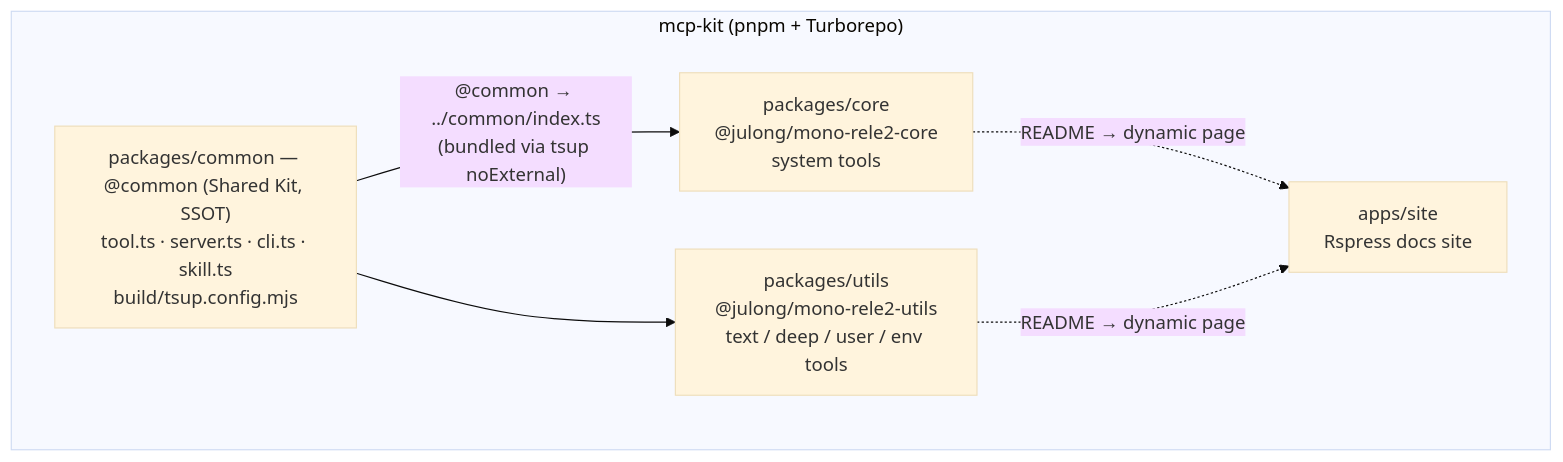
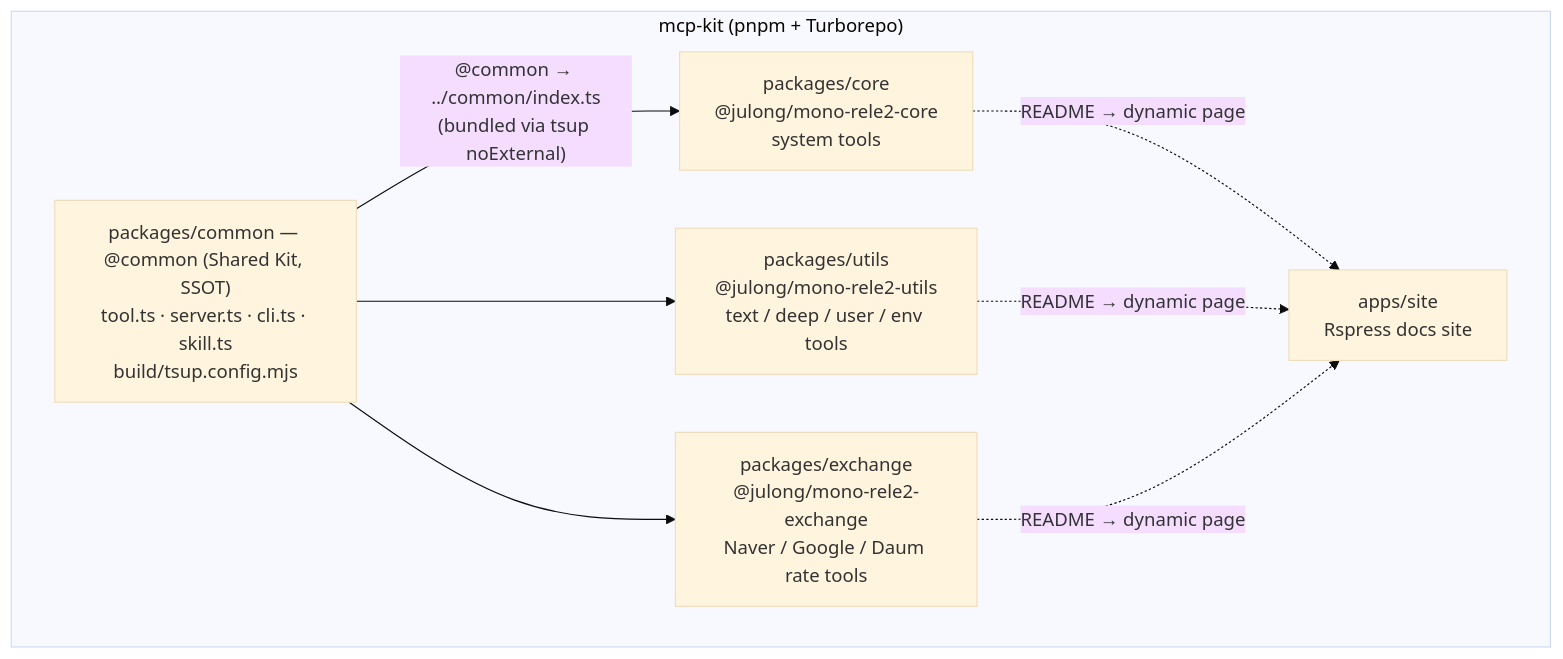
One commit to jl917/mcp-kit changed the first of 4 diagrams in apps/site/docs/03-architecture.md. Above: the diagram before and after it, drawn with Mermaid (base theme). The commit also changed other lines of this file and 3 other files, not shown here.

````diff
--- a/apps/site/docs/03-architecture.md
+++ b/apps/site/docs/03-architecture.md
@@ -117,14 +159,17 @@
 ```mermaid
 graph TD
     subgraph Monorepo["mcp-kit (pnpm + Turborepo)"]
         Common["packages/common — @common (Shared Kit, SSOT)<br/>tool.ts · server.ts · cli.ts · skill.ts<br/>build/tsup.config.mjs"]
         Core["packages/core<br/>@julong/mono-rele2-core<br/>system tools"]
         Utils["packages/utils<br/>@julong/mono-rele2-utils<br/>text / deep / user / env tools"]
+        Exchange["packages/exchange<br/>@julong/mono-rele2-exchange<br/>Naver / Google / Daum rate tools"]
         Site["apps/site<br/>Rspress docs site"]
     end
 
     Common -->|"@common → ../common/index.ts<br/>(bundled via tsup noExternal)"| Core
     Common --> Utils
+    Common --> Exchange
     Core -.->|README → dynamic page| Site
     Utils -.->|README → dynamic page| Site
+    Exchange -.->|README → dynamic page| Site
 ```
````
